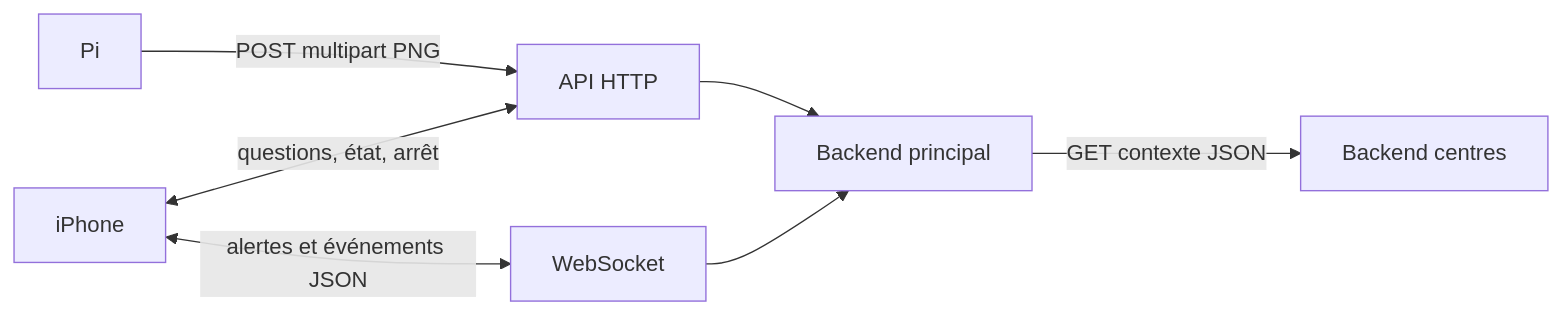
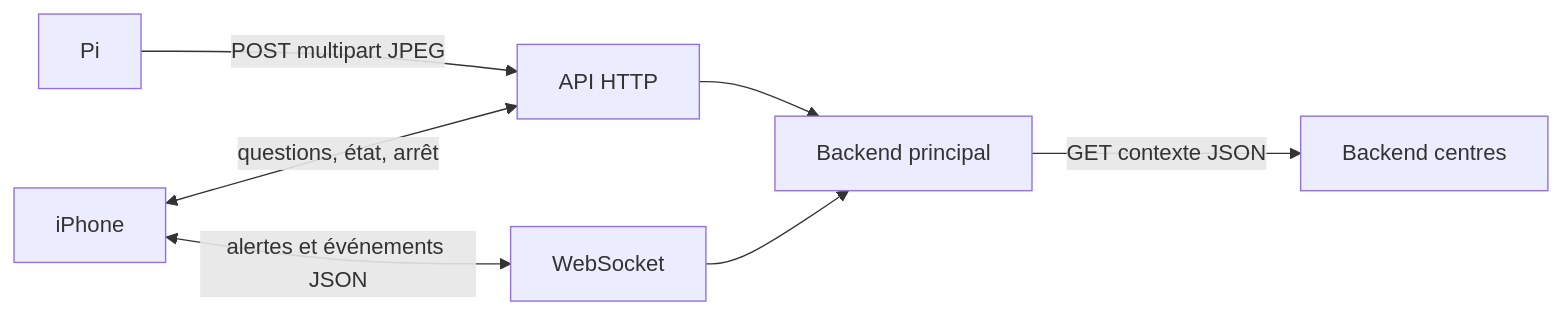
The first of 2 diagrams in contracts/README.md (Mindsept/Looki--Vision), drawn with Mermaid before and after one commit. The commit also changed other lines of this file and 26 other files, not shown here.

````diff
--- a/contracts/README.md
+++ b/contracts/README.md
@@ -23,9 +23,9 @@
 ```mermaid
 flowchart LR
-    Pi[Pi] -->|POST multipart PNG| HTTP[API HTTP]
+    Pi[Pi] -->|POST multipart JPEG| HTTP[API HTTP]
     Phone[iPhone] <-->|alertes et événements JSON| WS[WebSocket]
     Phone <-->|questions, état, arrêt| HTTP
     HTTP --> Main[Backend principal]
     WS --> Main
     Main -->|GET contexte JSON| Centers[Backend centres]
 ```
````
